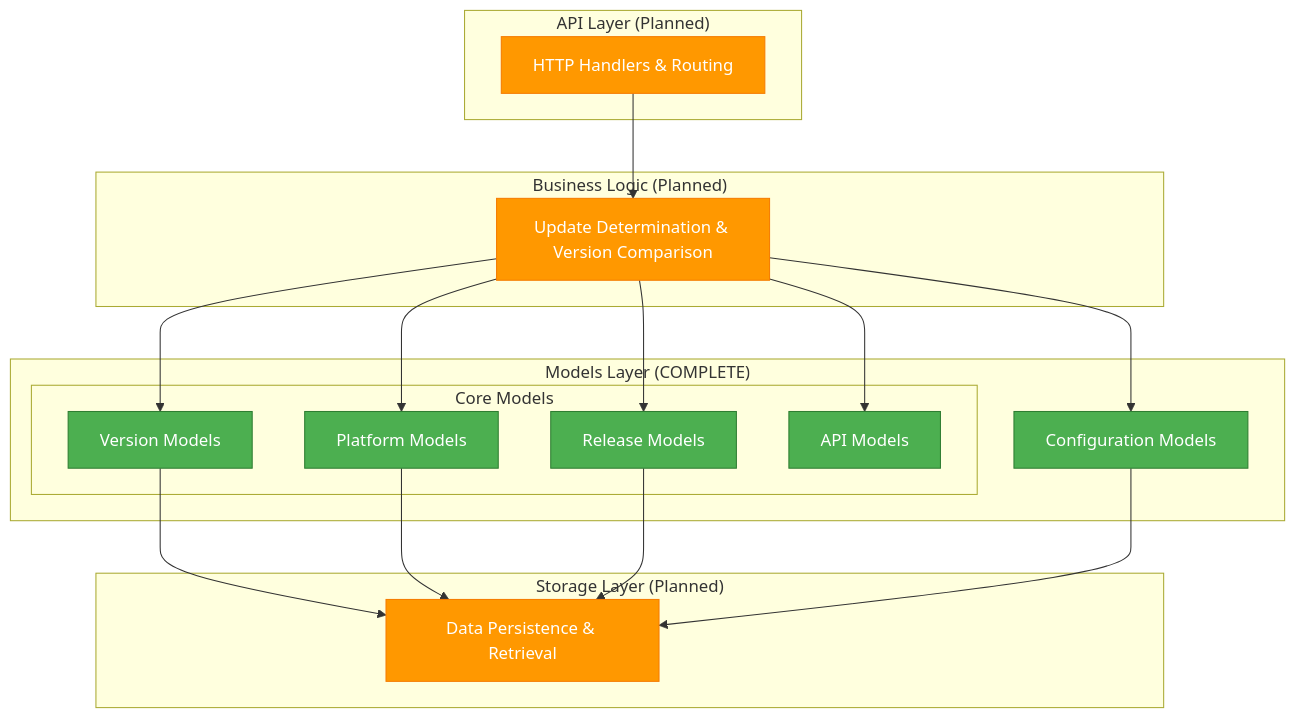
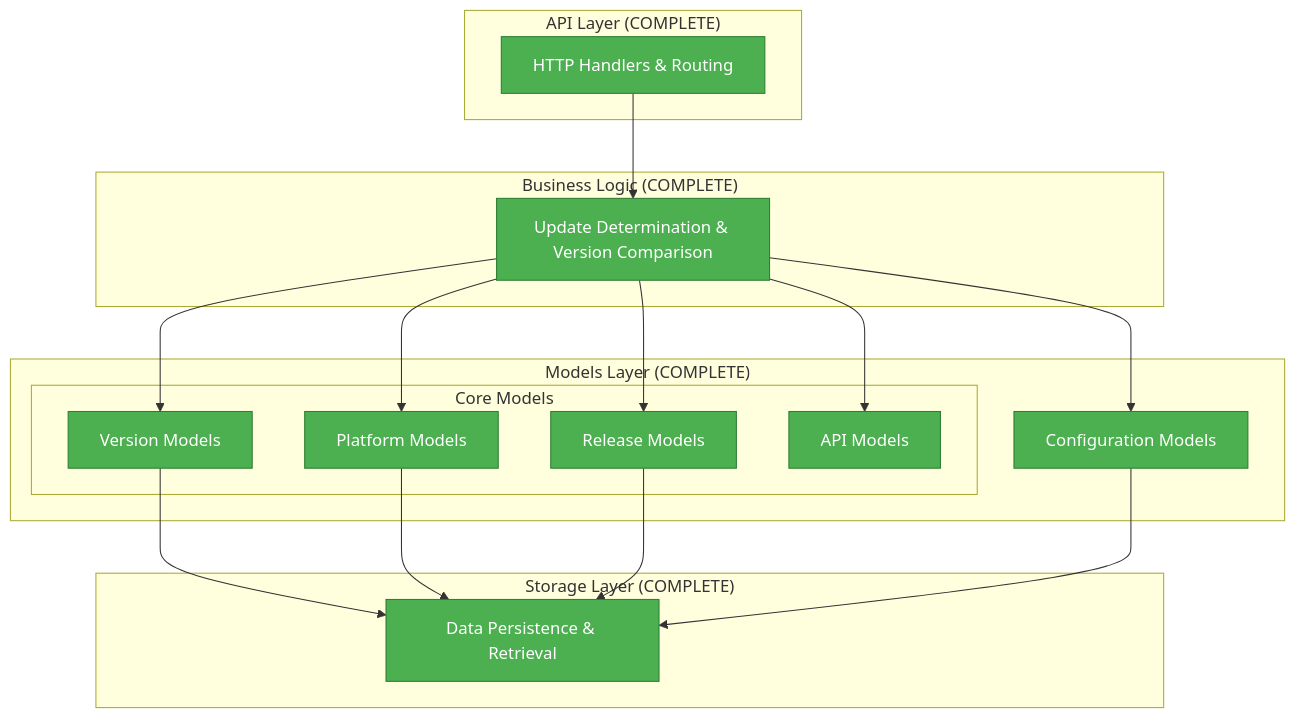
One commit to griffinskudder/updater changed the diagram in docs/models/index.md. Above: the diagram before and after it, drawn with Mermaid. The commit also changed other lines of this file and 2 other files, not shown here.

First line of the commit message:
docs: reconcile architecture docs against actual implementation

````diff
--- a/docs/models/index.md
+++ b/docs/models/index.md
@@ -56,41 +56,40 @@
 ```mermaid
 graph TB
-    subgraph "API Layer (Planned)"
+    subgraph "API Layer (COMPLETE)"
         api[HTTP Handlers & Routing]
     end
 
-    subgraph "Business Logic (Planned)"
+    subgraph "Business Logic (COMPLETE)"
         logic[Update Determination & Version Comparison]
     end
 
     subgraph "Models Layer (COMPLETE)"
         subgraph "Core Models"
             version[Version Models]
             platform[Platform Models]
             release[Release Models]
             apimodels[API Models]
         end
         config[Configuration Models]
     end
 
-    subgraph "Storage Layer (Planned)"
+    subgraph "Storage Layer (COMPLETE)"
         storage[Data Persistence & Retrieval]
     end
 
     api --> logic
     logic --> version
     logic --> platform
     logic --> release
     logic --> apimodels
     logic --> config
     version --> storage
     platform --> storage
     release --> storage
     config --> storage
 
     classDef complete fill:#4caf50,stroke:#2e7d32,color:#fff
-    classDef planned fill:#ff9800,stroke:#f57c00,color:#fff
 
     class version,platform,release,apimodels,config complete
-    class api,logic,storage planned
+    class api,logic,storage complete
 ```
````
